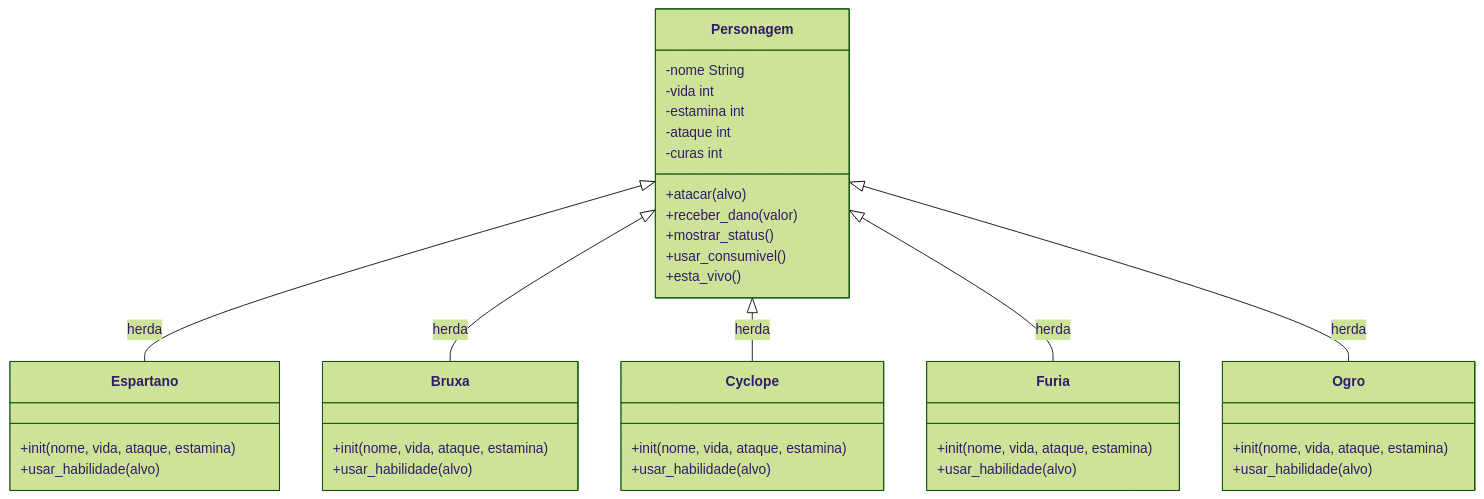
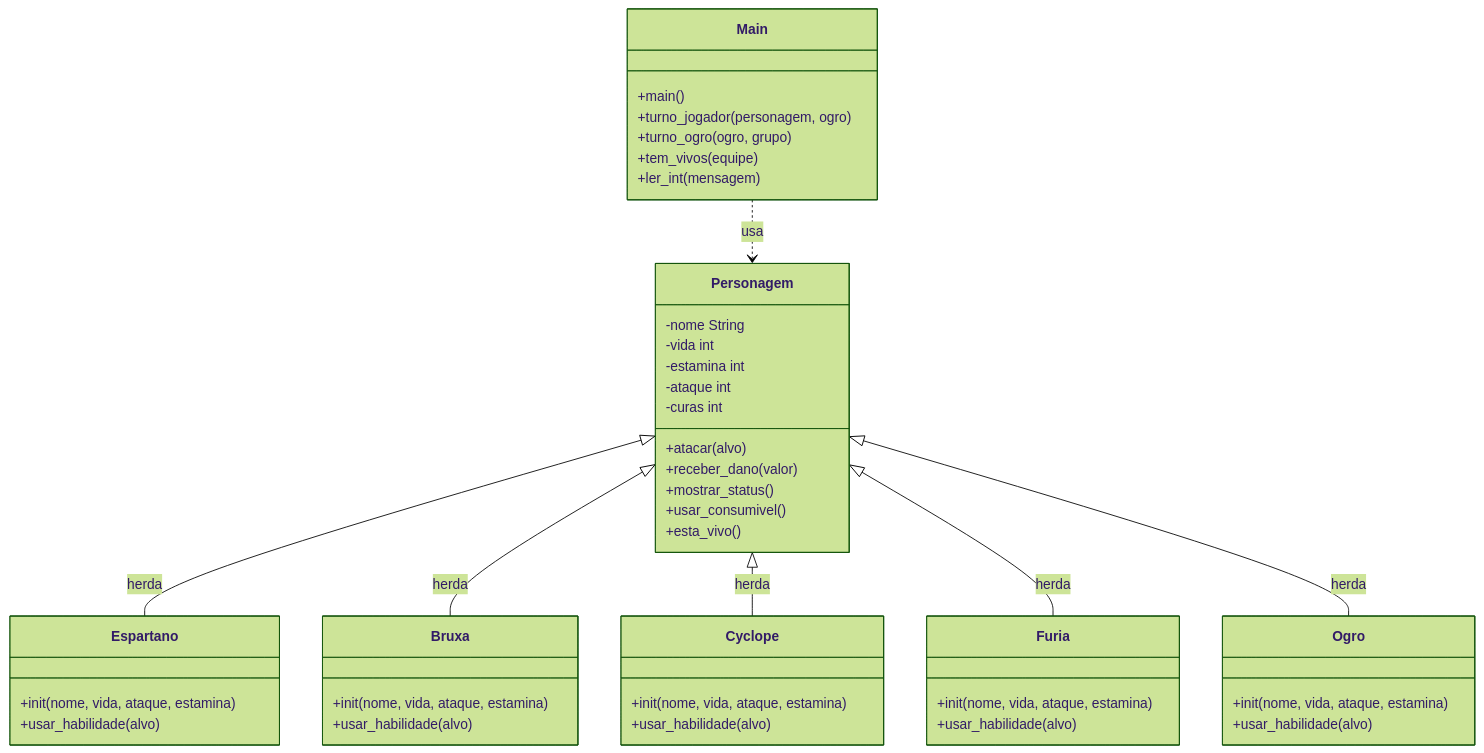
Before and after one commit to Ferreira034Wound/RPG: the diagram in diagrama.md, drawn with Mermaid (forest theme).

````diff
--- a/diagrama.md
+++ b/diagrama.md
@@ -1,46 +1,55 @@
 ```mermaid
 classDiagram
     class Personagem {
         -nome String
         -vida int
         -estamina int
         -ataque int
         -curas int
         +atacar(alvo)
         +receber_dano(valor)
         +mostrar_status()
         +usar_consumivel()
         +esta_vivo()
     }
 
     class Espartano {
         +init(nome, vida, ataque, estamina)
         +usar_habilidade(alvo)
     }
 
     class Bruxa {
         +init(nome, vida, ataque, estamina)
         +usar_habilidade(alvo)
     }
 
     class Cyclope {
         +init(nome, vida, ataque, estamina)
         +usar_habilidade(alvo)
     }
 
     class Furia {
         +init(nome, vida, ataque, estamina)
         +usar_habilidade(alvo)
     }
 
     class Ogro {
         +init(nome, vida, ataque, estamina)
         +usar_habilidade(alvo)
     }
 
+    class Main {
+        +main()
+        +turno_jogador(personagem, ogro)
+        +turno_ogro(ogro, grupo)
+        +tem_vivos(equipe)
+        +ler_int(mensagem)
+    }
+
     Personagem <|-- Espartano : herda
     Personagem <|-- Bruxa : herda
     Personagem <|-- Cyclope : herda
     Personagem <|-- Furia : herda
     Personagem <|-- Ogro : herda
+    Main ..> Personagem : usa
 ```
````
